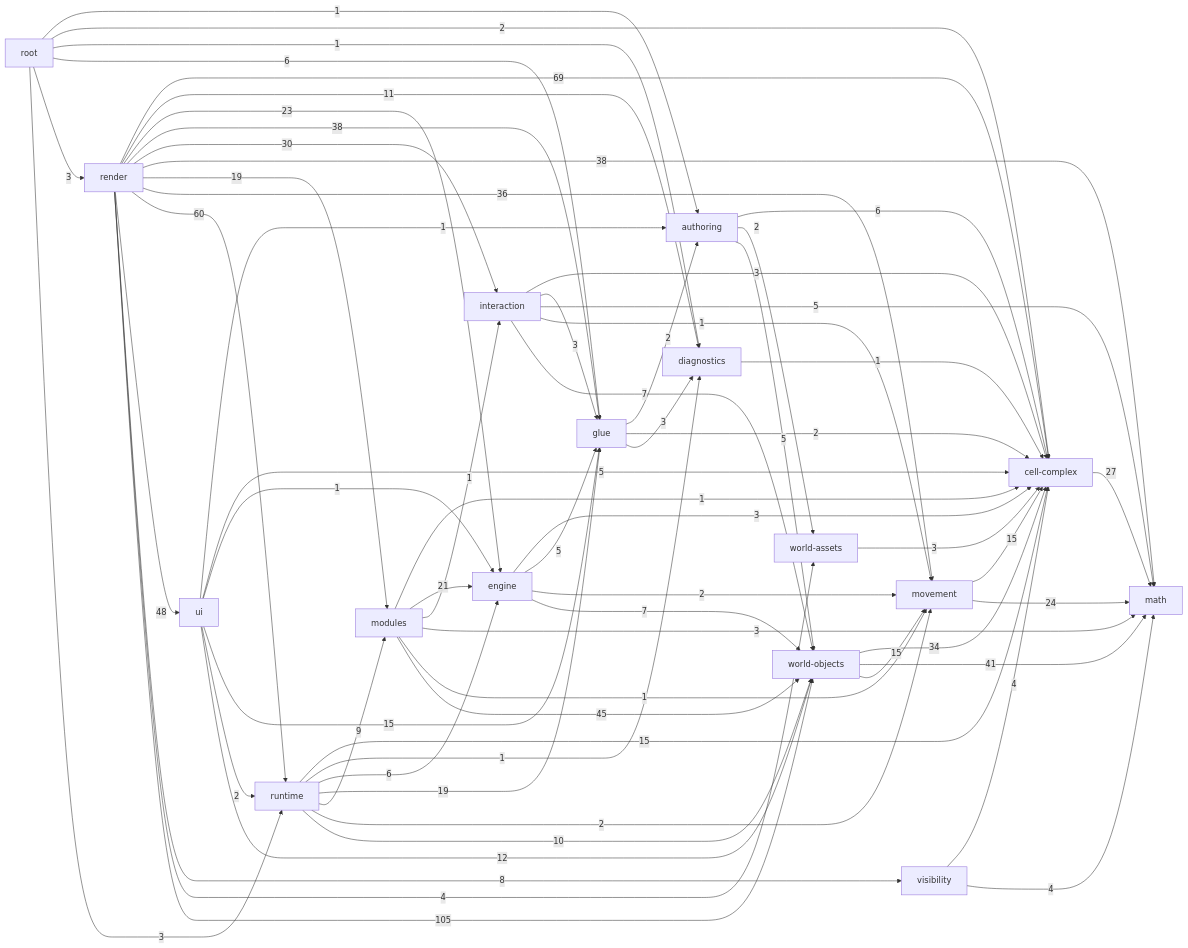
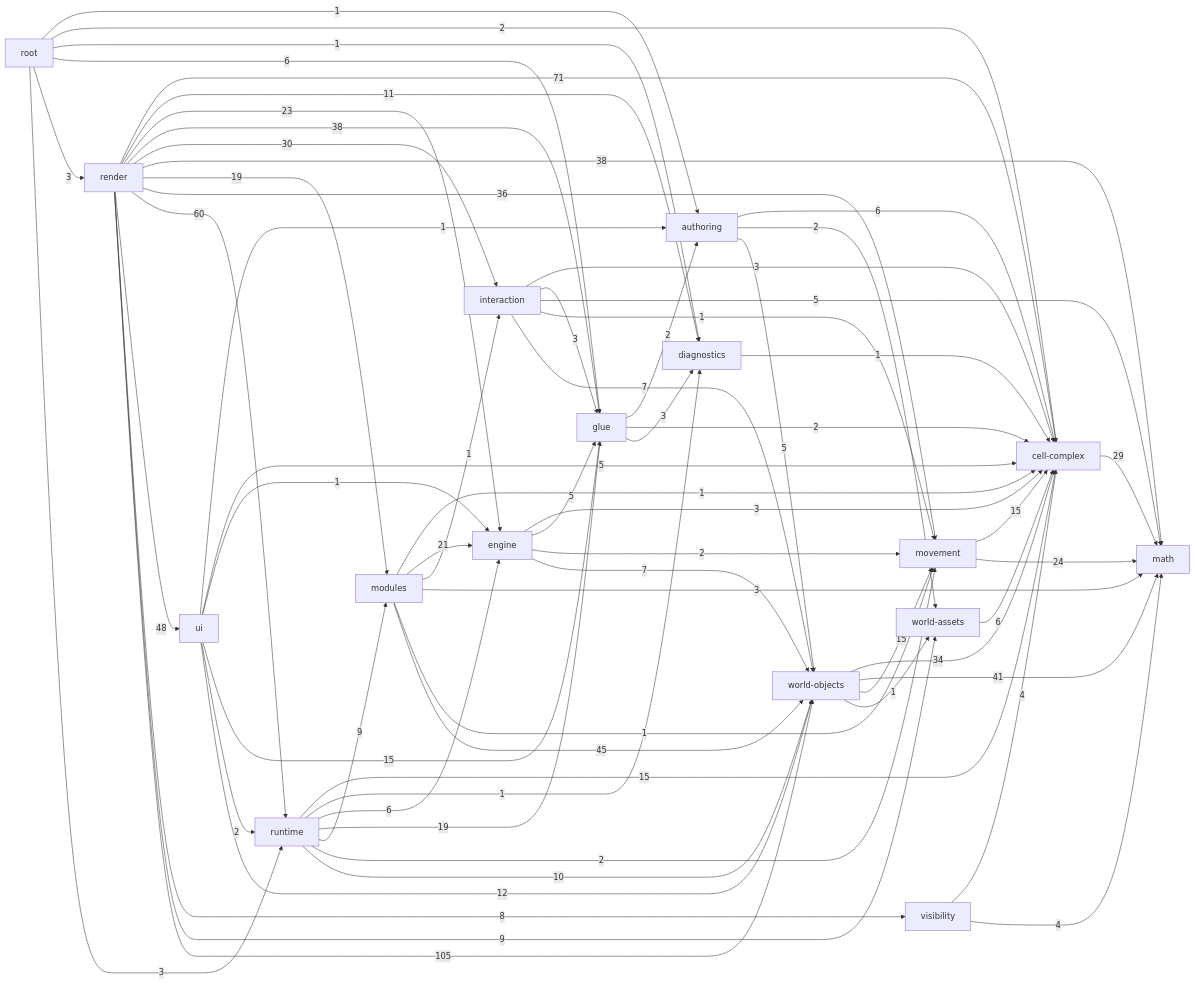
One commit to guraltsev/noneuclid-fpv changed the diagram in _docs/generated/ARCHITECTURE_REFERENCE.md. Above: the diagram before and after it, drawn with Mermaid. The commit also changed other lines of this file and 1 other file, not shown here.

Commit message:
Regenerate the architecture and API references

````diff
--- a/_docs/generated/ARCHITECTURE_REFERENCE.md
+++ b/_docs/generated/ARCHITECTURE_REFERENCE.md
@@ -55,7 +55,7 @@
   authoring -->|6| cell_complex
   authoring -->|2| world_assets
   authoring -->|5| world_objects
-  cell_complex -->|27| math
+  cell_complex -->|29| math
   diagnostics -->|1| cell_complex
   engine -->|3| cell_complex
   engine -->|5| glue
@@ -77,7 +77,7 @@
   modules -->|45| world_objects
   movement -->|15| cell_complex
   movement -->|24| math
-  render -->|69| cell_complex
+  render -->|71| cell_complex
   render -->|11| diagnostics
   render -->|23| engine
   render -->|38| glue
@@ -88,7 +88,7 @@
   render -->|60| runtime
   render -->|48| ui
   render -->|8| visibility
-  render -->|4| world_assets
+  render -->|9| world_assets
   render -->|105| world_objects
   root -->|1| authoring
   root -->|2| cell_complex
@@ -111,8 +111,9 @@
   ui -->|12| world_objects
   visibility -->|4| cell_complex
   visibility -->|4| math
-  world_assets -->|3| cell_complex
+  world_assets -->|6| cell_complex
   world_objects -->|34| cell_complex
   world_objects -->|41| math
   world_objects -->|15| movement
+  world_objects -->|1| world_assets
 ```
````
